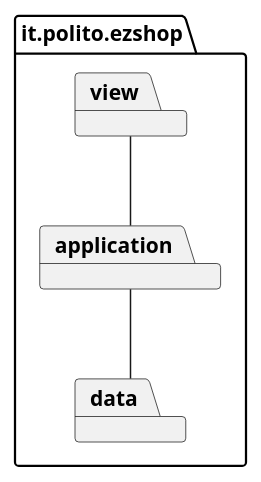
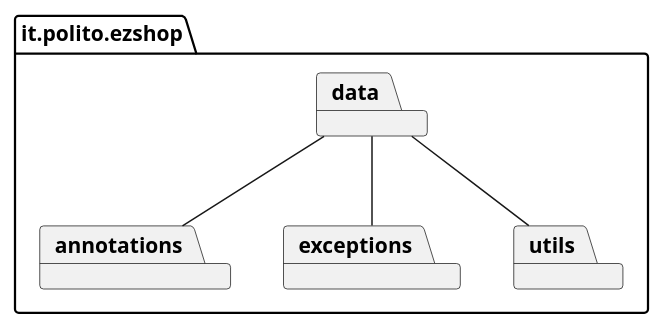
One commit to mspronesti/ezshop changed the first of 10 diagrams in Deliverables/DesignDocument.md. Above: the diagram before and after it, drawn with PlantUML. The commit also changed other lines of this file and 4 other files, not shown here.

````diff
--- a/Deliverables/DesignDocument.md
+++ b/Deliverables/DesignDocument.md
@@ -35,11 +32,13 @@
 ```plantuml
 @startuml
 package it.polito.ezshop {
+    package annotations
     package data
-    package view
-    package application
+    package exceptions
+    package utils
 }
-view -- application
-application -- data
+data -- annotations
+data -- exceptions
+data -- utils
 @enduml
 ```
````
